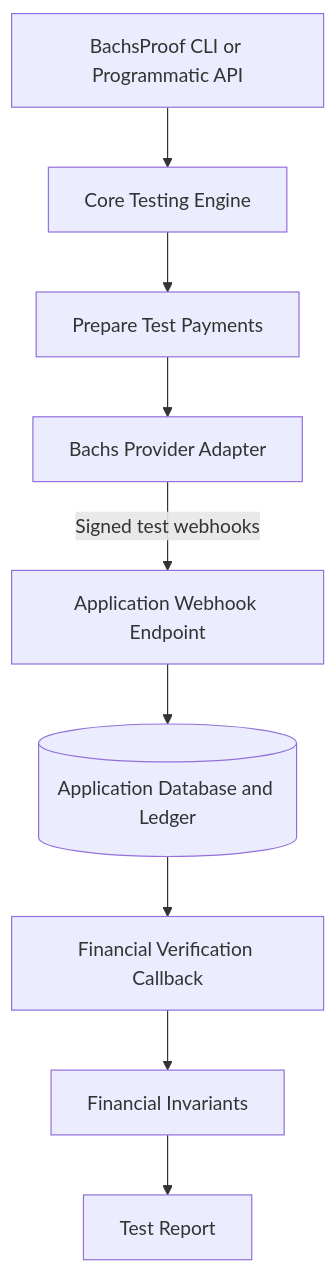
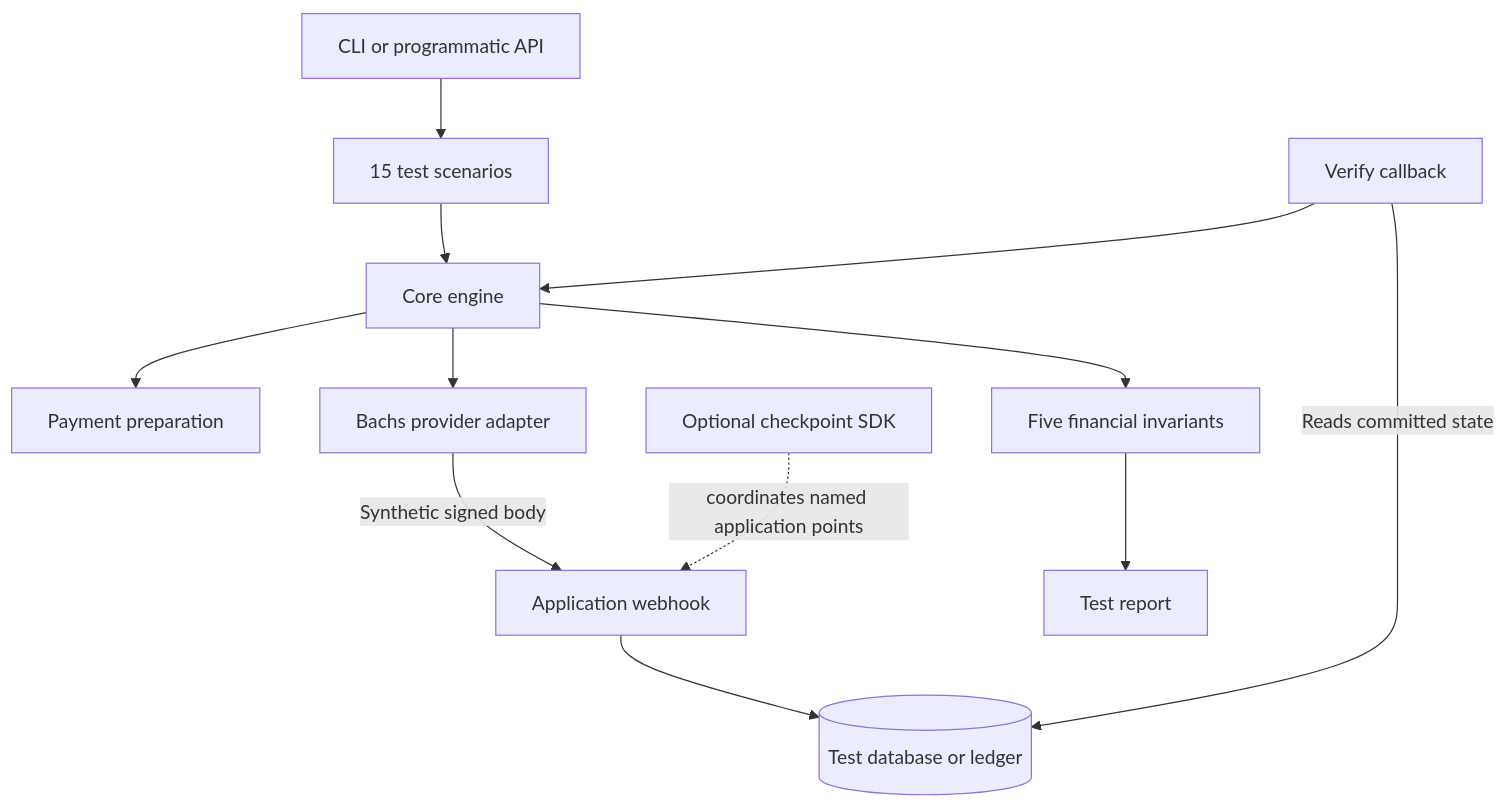
The diagram in README.md (therealEmma/BachsProof), drawn with Mermaid before and after one commit. The commit also changed other lines of this file and 34 other files, not shown here.

````diff
--- a/README.md
+++ b/README.md
@@ -350,21 +366,24 @@
 ```mermaid
 flowchart TD
-    A[BachsProof CLI or Programmatic API]
-    B[Core Testing Engine]
-    C[Prepare Test Payments]
-    D[Bachs Provider Adapter]
-    E[Application Webhook Endpoint]
-    F[(Application Database and Ledger)]
-    G[Financial Verification Callback]
-    H[Financial Invariants]
-    I[Test Report]
+    A[CLI or programmatic API]
+    S[15 test scenarios]
+    B[Core engine]
+    C[Payment preparation]
+    D[Bachs provider adapter]
+    E[Application webhook]
+    F[(Test database or ledger)]
+    G[Verify callback]
+    H[Five financial invariants]
+    I[Test report]
+    K[Optional checkpoint SDK]
 
-    A --> B
+    A --> S --> B
     B --> C
-    C --> D
-    D -->|Signed test webhooks| E
+    B --> D
+    D -->|Synthetic signed body| E
     E --> F
-    F --> G
-    G --> H
-    H --> I
+    G -->|Reads committed state| F
+    G --> B
+    B --> H --> I
+    K -. coordinates named application points .-> E
 ```
````
